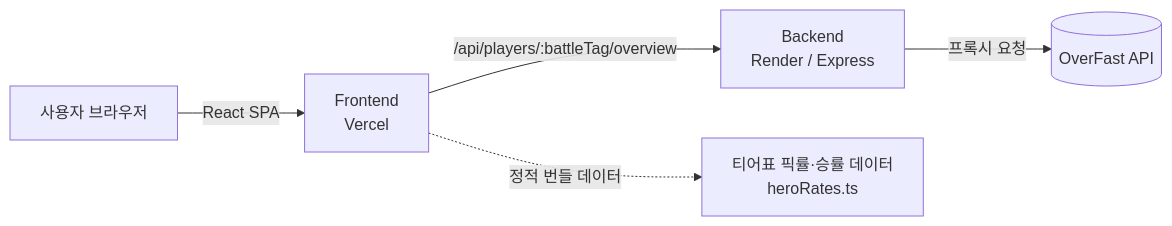
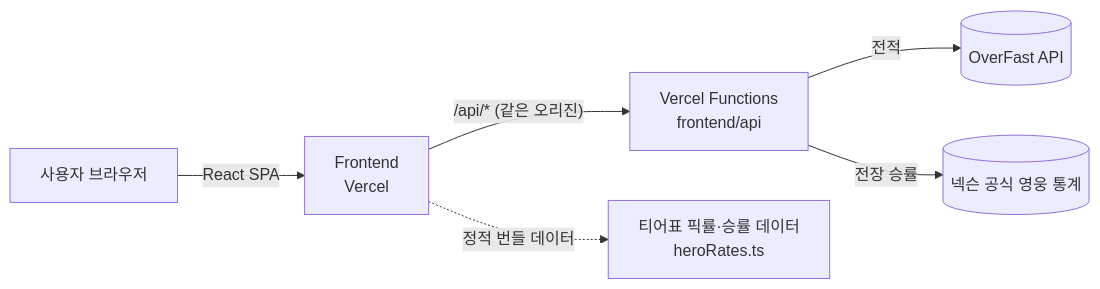
The diagram in README.md (kangjooy0ung/WatchMeta), drawn with Mermaid before and after one commit. The commit also changed other lines of this file and 29 other files, not shown here.

First line of the commit message:
perf(api): 백엔드를 Vercel Functions로 옮기고 Render 제거

````diff
--- a/README.md
+++ b/README.md
@@ -43,7 +43,8 @@
 ```mermaid
 flowchart LR
     U[사용자 브라우저] -->|React SPA| FE[Frontend<br/>Vercel]
-    FE -->|"/api/players/:battleTag/overview"| BE[Backend<br/>Render / Express]
-    BE -->|프록시 요청| OF[(OverFast API)]
+    FE -->|"/api/* (같은 오리진)"| FN[Vercel Functions<br/>frontend/api]
+    FN -->|전적| OF[(OverFast API)]
+    FN -->|전장 승률| NX[(넥슨 공식 영웅 통계)]
     FE -.정적 번들 데이터.-> TL[티어표 픽률·승률 데이터<br/>heroRates.ts]
 ```
````
